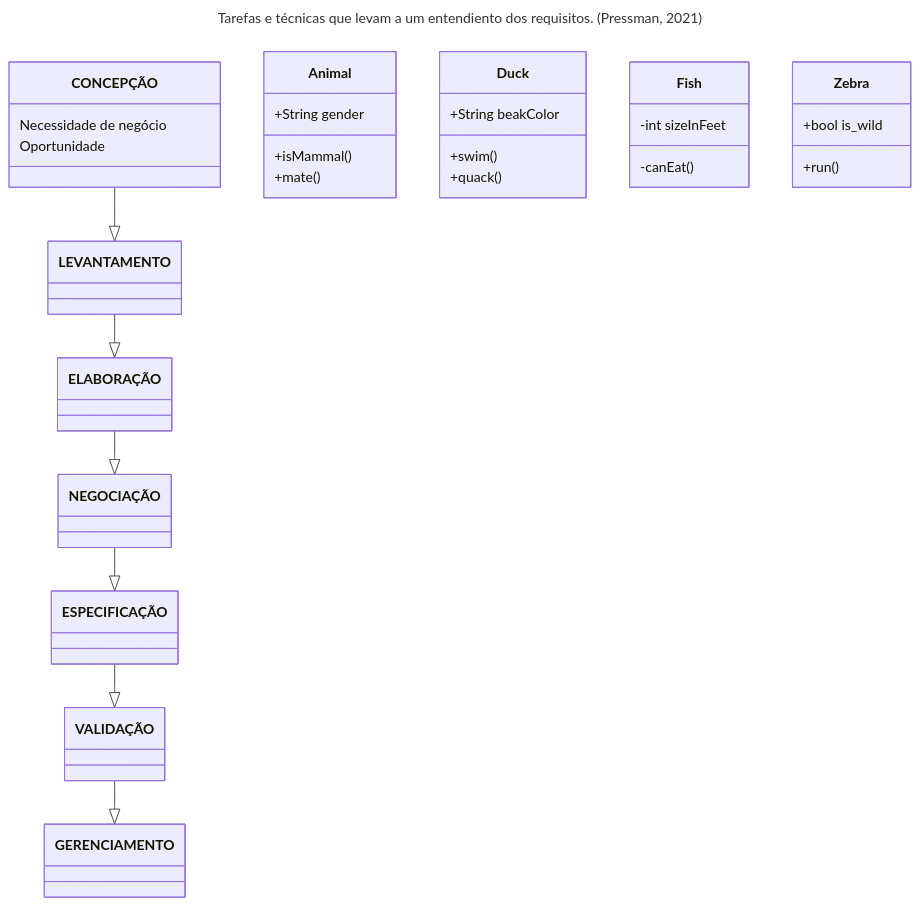
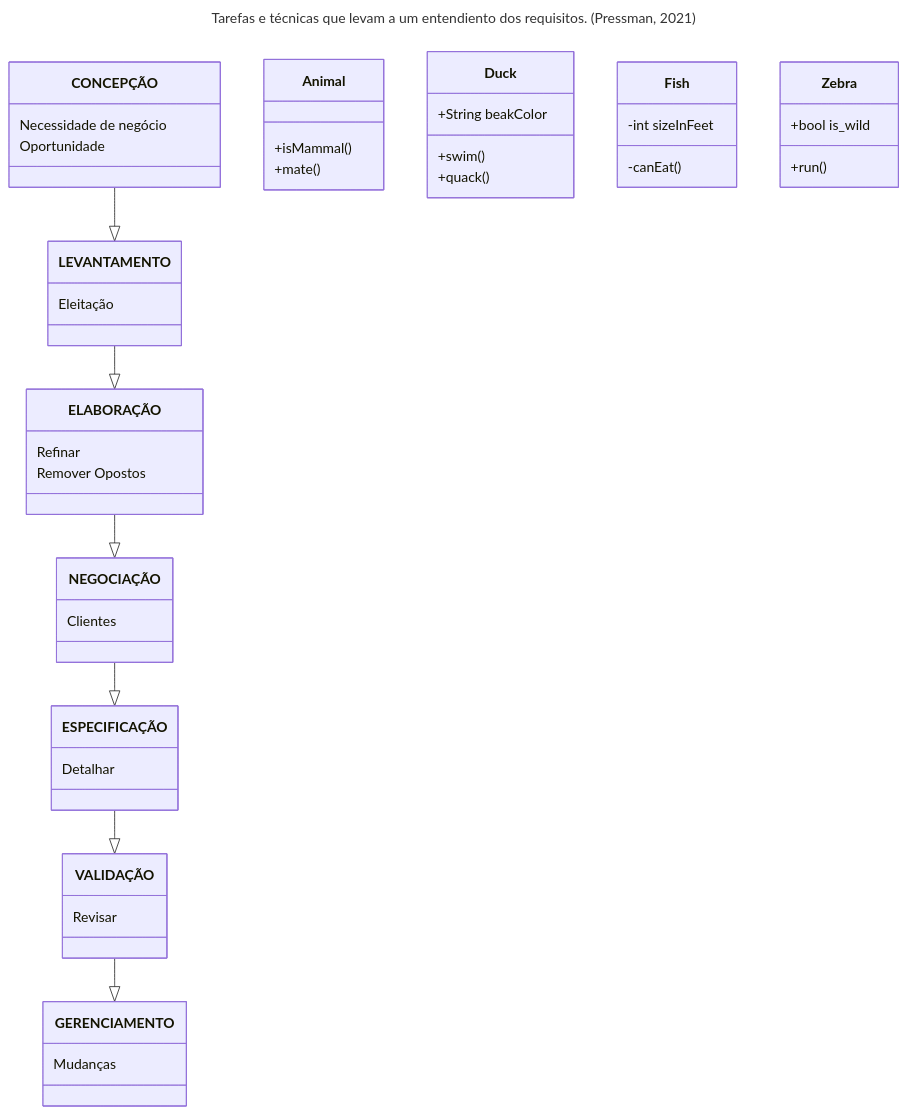
The second of 2 diagrams in Engenharia e Requisitos de Software/Aula 06 - 26.03.25.md (ericmds/3-Semestre), drawn with Mermaid before and after one commit.

Commit message:
Update Aula 06 - 26.03.25.md

````diff
--- a/Engenharia e Requisitos de Software/Aula 06 - 26.03.25.md
+++ b/Engenharia e Requisitos de Software/Aula 06 - 26.03.25.md
@@ -30,30 +30,36 @@
   ```mermaid
   ---
   title: Tarefas e técnicas que levam a um entendiento dos requisitos. (Pressman, 2021)
   ---
   classDiagram
       CONCEPÇÃO --|> LEVANTAMENTO
       LEVANTAMENTO --|> ELABORAÇÃO
       ELABORAÇÃO --|> NEGOCIAÇÃO
       NEGOCIAÇÃO --|> ESPECIFICAÇÃO
       ESPECIFICAÇÃO --|> VALIDAÇÃO
       VALIDAÇÃO --|> GERENCIAMENTO
       CONCEPÇÃO : Necessidade de negócio
       CONCEPÇÃO : Oportunidade
-      Animal : +String gender
+      LEVANTAMENTO : Eleitação
+      ELABORAÇÃO : Refinar
+      ELABORAÇÃO : Remover Opostos
+      NEGOCIAÇÃO : Clientes
+      ESPECIFICAÇÃO : Detalhar
+      VALIDAÇÃO : Revisar
+      GERENCIAMENTO : Mudanças
       Animal: +isMammal()
       Animal: +mate()
       class Duck{
           +String beakColor
           +swim()
           +quack()
       }
       class Fish{
           -int sizeInFeet
           -canEat()
       }
       class Zebra{
           +bool is_wild
           +run()
       }
   ```
````
